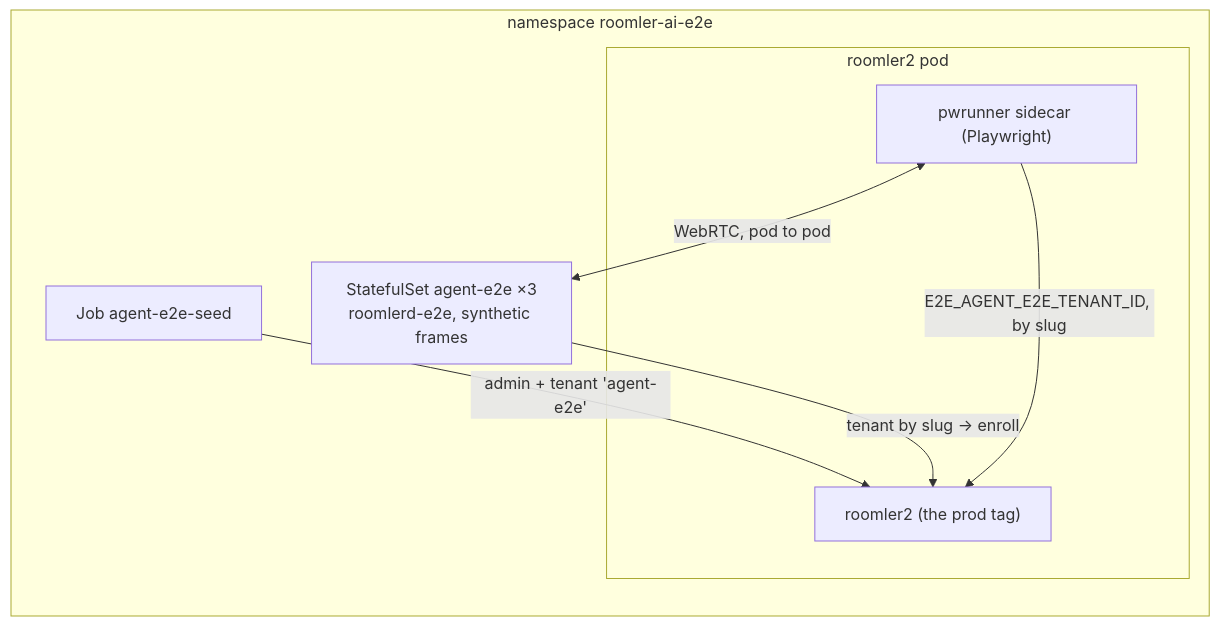
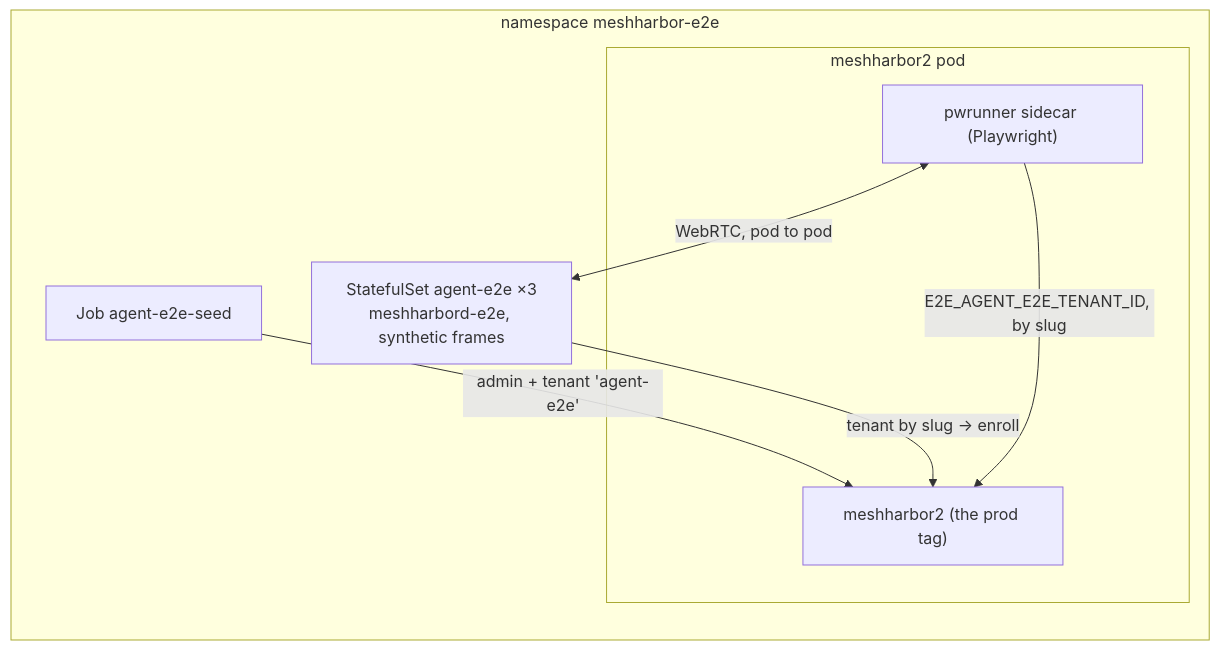
The third of 8 diagrams in docs/testing.md (jk-zhang-meta/MeshHarbor), drawn with Mermaid before and after one commit. The commit also changed other lines of this file and 682 other files, not shown here.

````diff
--- a/docs/testing.md
+++ b/docs/testing.md
@@ -181,15 +181,15 @@
 ```mermaid
 flowchart LR
-  subgraph ns["namespace roomler-ai-e2e"]
-    subgraph pod["roomler2 pod"]
-      app["roomler2 (the prod tag)"]
+  subgraph ns["namespace meshharbor-e2e"]
+    subgraph pod["meshharbor2 pod"]
+      app["meshharbor2 (the prod tag)"]
       pw["pwrunner sidecar (Playwright)"]
     end
     seed["Job agent-e2e-seed"]
-    sts["StatefulSet agent-e2e ×3<br/>roomlerd-e2e, synthetic frames"]
+    sts["StatefulSet agent-e2e ×3<br/>meshharbord-e2e, synthetic frames"]
   end
   seed -->|"admin + tenant 'agent-e2e'"| app
   sts -->|"tenant by slug → enroll"| app
   pw -->|"E2E_AGENT_E2E_TENANT_ID, by slug"| app
   pw <-->|"WebRTC, pod to pod"| sts
 ```
````
